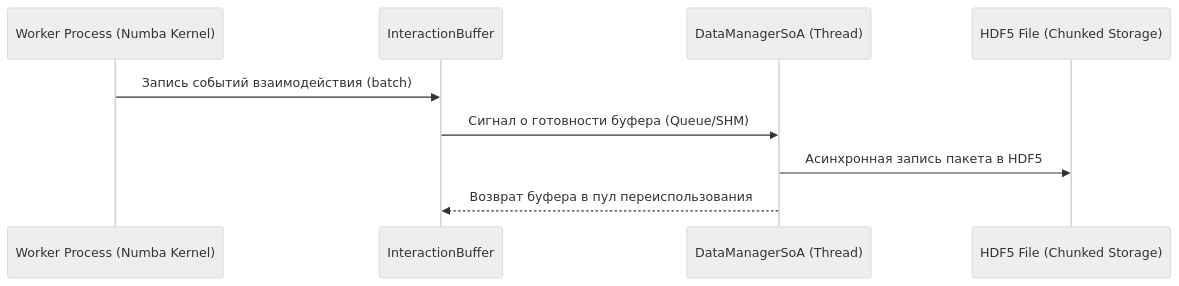
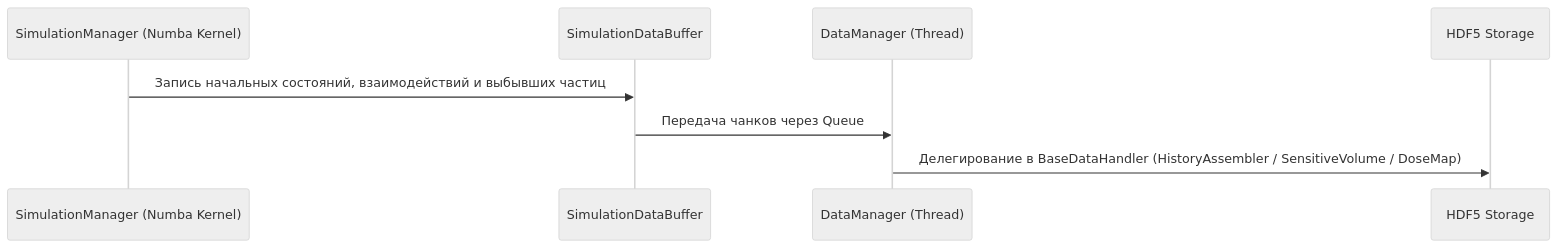
The second of 2 diagrams in docs/core_architecture.md (GurkoMikhail/NMSimToolkit), drawn with Mermaid (neutral theme) before and after one commit. The commit also changed other lines of this file and 212 other files, not shown here.

````diff
--- a/docs/core_architecture.md
+++ b/docs/core_architecture.md
@@ -96,12 +96,11 @@
 ```mermaid
 sequenceDiagram
-    participant Worker as Worker Process (Numba Kernel)
-    participant IB as InteractionBuffer
-    participant DM as DataManagerSoA (Thread)
-    participant H5 as HDF5 File (Chunked Storage)
+    participant Worker as SimulationManager (Numba Kernel)
+    participant DB as SimulationDataBuffer
+    participant DM as DataManager (Thread)
+    participant H5 as HDF5 Storage
 
-    Worker->>IB: Запись событий взаимодействия (batch)
-    IB->>DM: Сигнал о готовности буфера (Queue/SHM)
-    DM->>H5: Асинхронная запись пакета в HDF5
-    DM-->>IB: Возврат буфера в пул переиспользования
+    Worker->>DB: Запись начальных состояний, взаимодействий и выбывших частиц
+    DB->>DM: Передача чанков через Queue
+    DM->>H5: Делегирование в BaseDataHandler (HistoryAssembler / SensitiveVolume / DoseMap)
 ```
````
